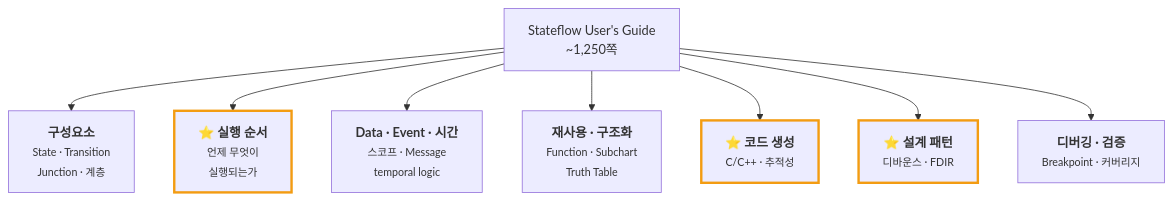
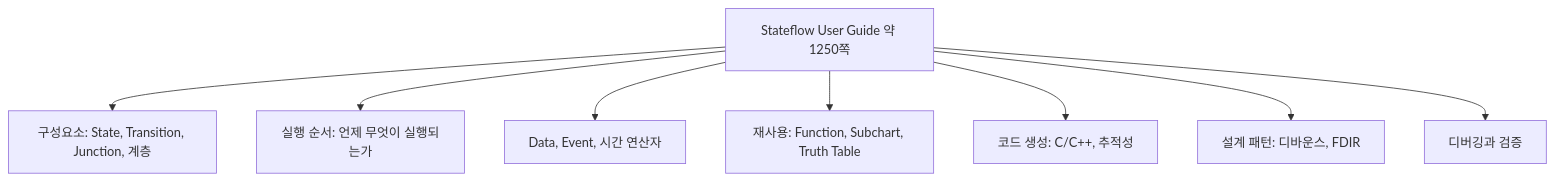
The diagram in _posts/2026-07-14-navigating-stateflow-users-guide.md (genie4youu/genie4youu.github.io), drawn with Mermaid before and after one commit. The commit also changed other lines of this file and 13 other files, not shown here.

First line of the commit message:
﻿전면 손질: 제목 변경, AI 티 나는 표현 제거, 다이어그램 재작성

````diff
--- a/_posts/2026-07-14-navigating-stateflow-users-guide.md
+++ b/_posts/2026-07-14-navigating-stateflow-users-guide.md
@@ -34,15 +31,11 @@
 ```mermaid
-flowchart TB
-    ROOT["Stateflow User's Guide<br/>~1,250쪽"]
-    ROOT --> A["<b>구성요소</b><br/><small>State · Transition<br/>Junction · 계층</small>"]
-    ROOT --> B["<b>⭐ 실행 순서</b><br/><small>언제 무엇이<br/>실행되는가</small>"]
-    ROOT --> C["<b>Data · Event · 시간</b><br/><small>스코프 · Message<br/>temporal logic</small>"]
-    ROOT --> D["<b>재사용 · 구조화</b><br/><small>Function · Subchart<br/>Truth Table</small>"]
-    ROOT --> E["<b>⭐ 코드 생성</b><br/><small>C/C++ · 추적성</small>"]
-    ROOT --> F["<b>⭐ 설계 패턴</b><br/><small>디바운스 · FDIR</small>"]
-    ROOT --> G["<b>디버깅 · 검증</b><br/><small>Breakpoint · 커버리지</small>"]
-
-    style B stroke:#f39c12,stroke-width:3px
-    style E stroke:#f39c12,stroke-width:3px
-    style F stroke:#f39c12,stroke-width:3px
+flowchart TD
+    ROOT[Stateflow User Guide 약 1250쪽]
+    ROOT --> A[구성요소: State, Transition, Junction, 계층]
+    ROOT --> B[실행 순서: 언제 무엇이 실행되는가]
+    ROOT --> C[Data, Event, 시간 연산자]
+    ROOT --> D[재사용: Function, Subchart, Truth Table]
+    ROOT --> E[코드 생성: C/C++, 추적성]
+    ROOT --> F[설계 패턴: 디바운스, FDIR]
+    ROOT --> G[디버깅과 검증]
 ```
````
